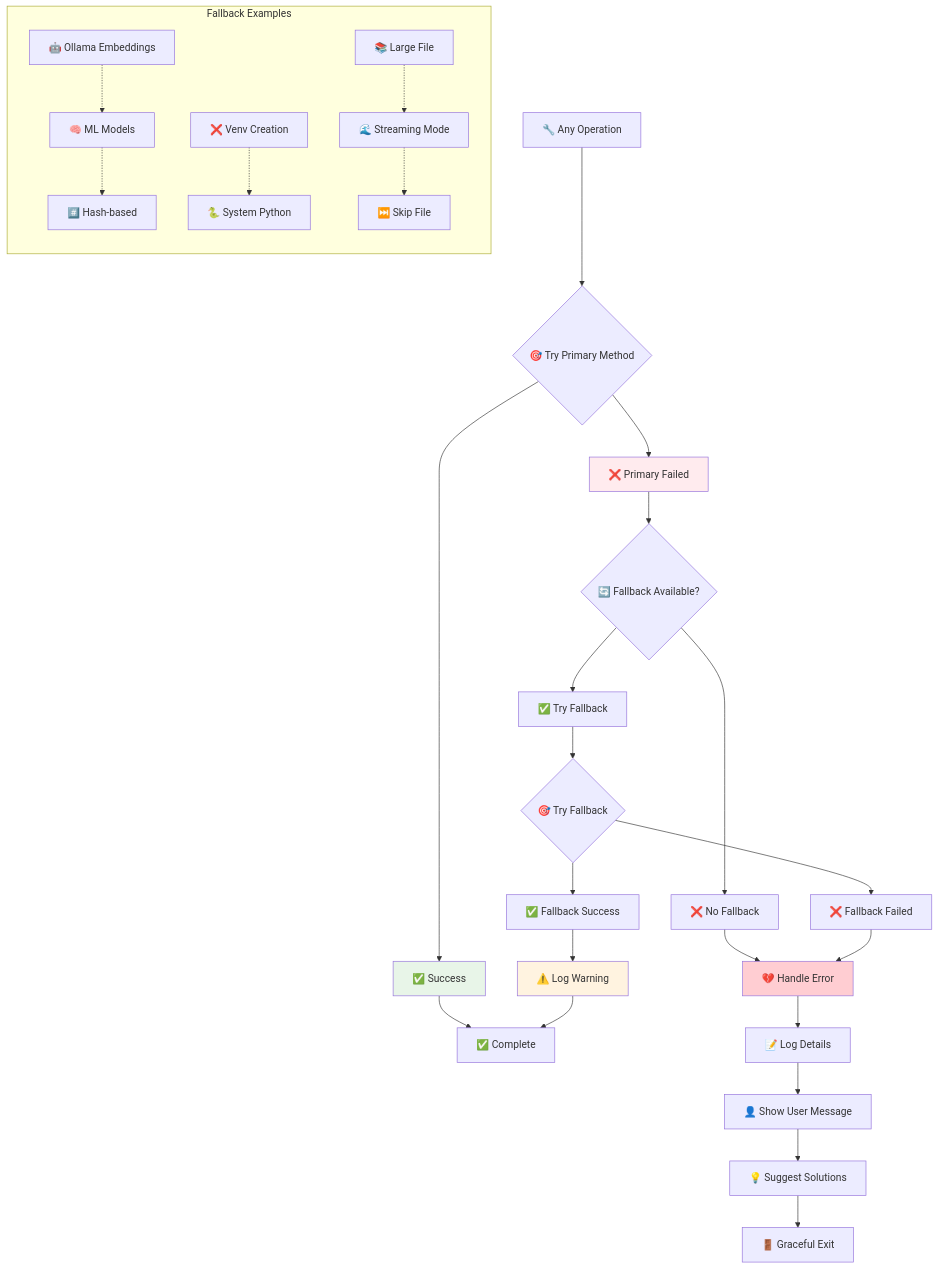
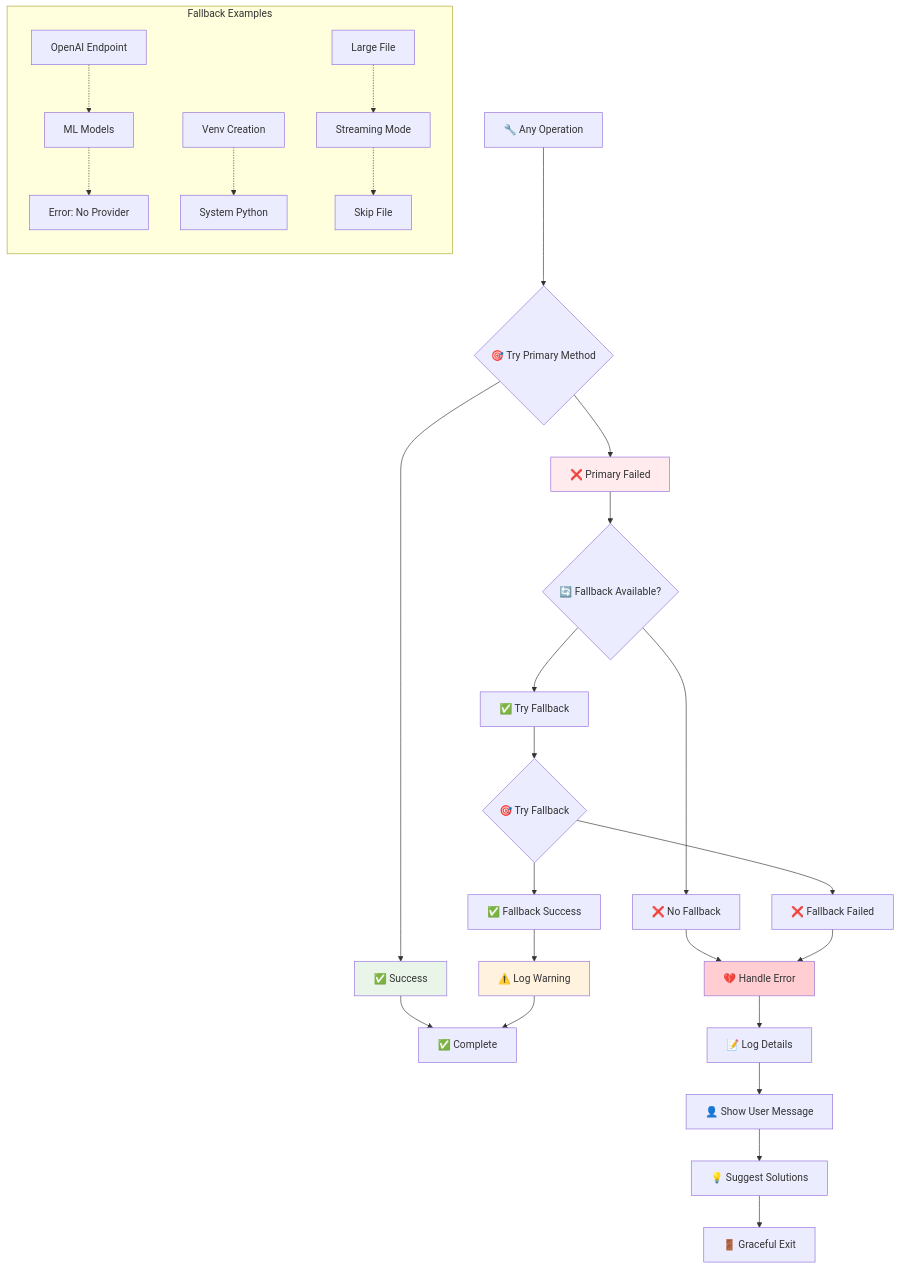
One commit to FSSCoding/Fss-Mini-Rag changed the eighth of 10 diagrams in docs/DIAGRAMS.md. Above: the diagram before and after it, drawn with Mermaid. The commit also changed other lines of this file and 1 other file, not shown here.

First line of the commit message:
Rebuild search: independent BM25 + RRF fusion, fix diagrams

````diff
--- a/docs/DIAGRAMS.md
+++ b/docs/DIAGRAMS.md
@@ -262,34 +290,34 @@
 ```mermaid
 flowchart TD
     Operation[🔧 Any Operation] --> Try{🎯 Try Primary Method}
     
     Try --> Success[✅ Success] --> Done[✅ Complete]
     Try --> Fail[❌ Primary Failed] --> Fallback{🔄 Fallback Available?}
     
     Fallback --> NoFallback[❌ No Fallback] --> Error
     Fallback --> HasFallback[✅ Try Fallback] --> FallbackTry{🎯 Try Fallback}
     
     FallbackTry --> FallbackOK[✅ Fallback Success] --> Warn[⚠️ Log Warning] --> Done
     FallbackTry --> FallbackFail[❌ Fallback Failed] --> Error
     
     Error[💔 Handle Error] --> Log[📝 Log Details]
     Log --> UserMsg[👤 Show User Message]
     UserMsg --> Suggest[💡 Suggest Solutions]
     Suggest --> Exit[🚪 Graceful Exit]
     
     subgraph "Fallback Examples"
         direction TB
-        Ollama[🤖 Ollama Embeddings] -.-> ML[🧠 ML Models]
-        ML -.-> Hash[#️⃣ Hash-based]
-        
-        VenvFail[❌ Venv Creation] -.-> SystemPy[🐍 System Python]
-        
-        LargeFile[📚 Large File] -.-> Stream[🌊 Streaming Mode]
-        Stream -.-> Skip[⏭️ Skip File]
+        OpenAIEmb[OpenAI Endpoint] -.-> ML[ML Models]
+        ML -.-> NoEmbed[Error: No Provider]
+
+        VenvFail[Venv Creation] -.-> SystemPy[System Python]
+
+        LargeFile[Large File] -.-> Stream[Streaming Mode]
+        Stream -.-> Skip[Skip File]
     end
     
     style Success fill:#e8f5e8
     style Fail fill:#ffebee
     style Warn fill:#fff3e0
     style Error fill:#ffcdd2
 ```
````
